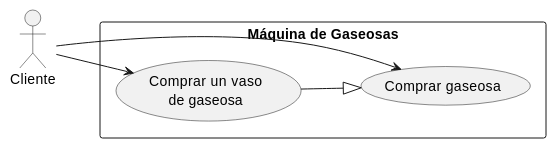
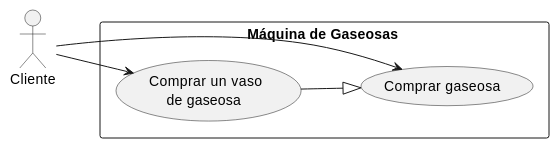
Before and after one commit to jcg-admin/IACT-docs: the first of 2 diagrams in source/base-cognitiva/_uml/uml-07-diagramas-casos-uso/generalizacion.rst, drawn with PlantUML. The commit also changed other lines of this file and 183 other files, not shown here.

```diff
--- a/source/base-cognitiva/_uml/uml-07-diagramas-casos-uso/generalizacion.rst
+++ b/source/base-cognitiva/_uml/uml-07-diagramas-casos-uso/generalizacion.rst
@@ -21,14 +21,14 @@
 .. uml::
 
    @startuml
 
    left to right direction
    actor Cliente
-   rectangle "Máquina de Gaseosas" {
-     usecase "Comprar gaseosa"          as UC1
-     usecase "Comprar un vaso\nde gaseosa" as UC1G
+   rectangle "Máquina de Gaseosas " {
+     usecase "Comprar gaseosa "          as UC1
+     usecase "Comprar un vaso\nde gaseosa " as UC1G
    }
    Cliente --> UC1
    Cliente --> UC1G
    UC1G --|> UC1
    @enduml
```
